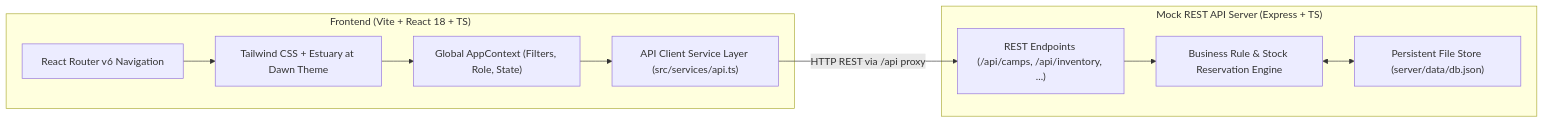
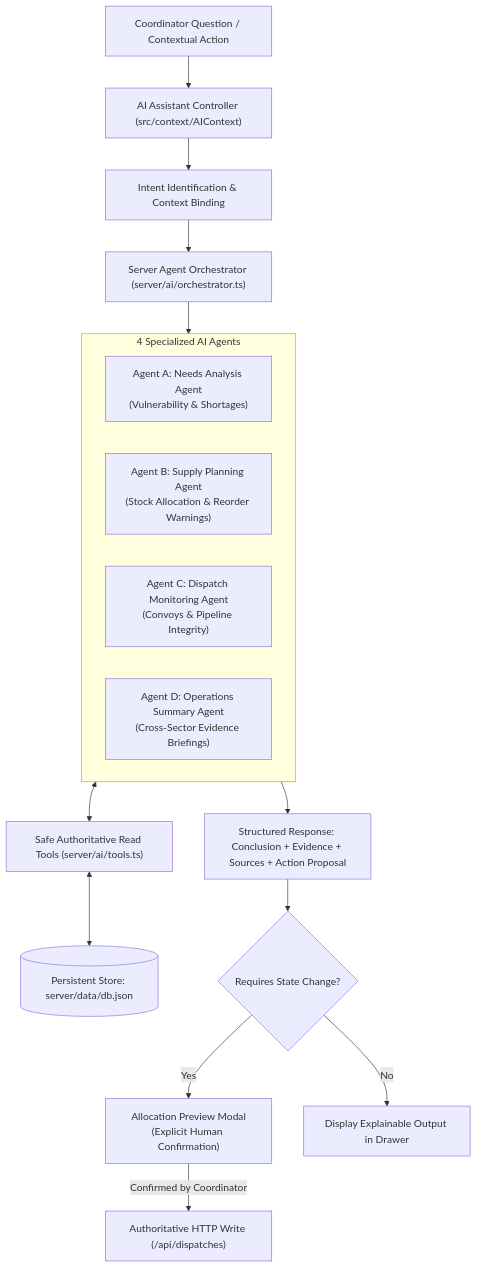
Before and after one commit to AWSCloudClubMuet/HacktoberFest-3.0: the diagram in submission/team_CodeCrafters/ReliefHub/README.md, drawn with Mermaid. The commit also changed other lines of this file and 25 other files, not shown here.

Commit message:
feat(ai): integrate ReliefHub AI intelligence layer and specialized agents

````diff
--- a/submission/team_CodeCrafters/ReliefHub/README.md
+++ b/submission/team_CodeCrafters/ReliefHub/README.md
@@ -46,22 +47,23 @@
 ```mermaid
-flowchart LR
-    subgraph Client ["Frontend (Vite + React 18 + TS)"]
-        UI["Tailwind CSS + Estuary at Dawn Theme"]
-        Router["React Router v6 Navigation"]
-        Context["Global AppContext (Filters, Role, State)"]
-        Services["API Client Service Layer (src/services/api.ts)"]
+flowchart TD
+    UserQuery["Coordinator Question / Contextual Action"] --> AIController["AI Assistant Controller (src/context/AIContext)"]
+    AIController --> Intent["Intent Identification & Context Binding"]
+    Intent --> Orchestrator["Server Agent Orchestrator (server/ai/orchestrator.ts)"]
+    
+    subgraph Agents ["4 Specialized AI Agents"]
+        AgentA["Agent A: Needs Analysis Agent\n(Vulnerability & Shortages)"]
+        AgentB["Agent B: Supply Planning Agent\n(Stock Allocation & Reorder Warnings)"]
+        AgentC["Agent C: Dispatch Monitoring Agent\n(Convoys & Pipeline Integrity)"]
+        AgentD["Agent D: Operations Summary Agent\n(Cross-Sector Evidence Briefings)"]
     end
-
-    subgraph Server ["Mock REST API Server (Express + TS)"]
-        Routes["REST Endpoints (/api/camps, /api/inventory, ...)"]
-        Validation["Business Rule & Stock Reservation Engine"]
-        Storage["Persistent File Store (server/data/db.json)"]
-    end
-
-    UI --> Context
-    Router --> UI
-    Context --> Services
-    Services -- "HTTP REST via /api proxy" --> Routes
-    Routes --> Validation
-    Validation <--> Storage
+    
+    Orchestrator --> Agents
+    Agents <--> SafeTools["Safe Authoritative Read Tools (server/ai/tools.ts)"]
+    SafeTools <--> DB[(Persistent Store: server/data/db.json)]
+    
+    Agents --> StructuredOutput["Structured Response: Conclusion + Evidence + Sources + Action Proposal"]
+    StructuredOutput --> HumanInTheLoop{"Requires State Change?"}
+    HumanInTheLoop -- "Yes" --> AllocationPreview["Allocation Preview Modal\n(Explicit Human Confirmation)"]
+    HumanInTheLoop -- "No" --> Display["Display Explainable Output in Drawer"]
+    AllocationPreview -- "Confirmed by Coordinator" --> APIWrite["Authoritative HTTP Write (/api/dispatches)"]
 ```
````
